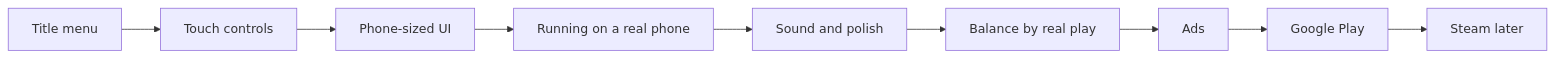
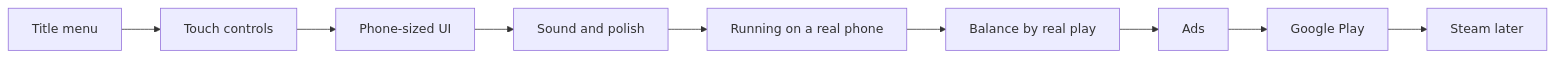
The diagram in docs/13_2026-11-04_layer-6-release.md (sudo0x/GameDevelopments), drawn with Mermaid before and after one commit. The commit also changed other lines of this file and 3 other files, not shown here.

````diff
--- a/docs/13_2026-11-04_layer-6-release.md
+++ b/docs/13_2026-11-04_layer-6-release.md
@@ -13,11 +13,11 @@
 ```mermaid
 flowchart LR
 	A[Title menu] --> B[Touch controls]
 	B --> C[Phone-sized UI]
-	C --> D[Running on a real phone]
-	D --> E[Sound and polish]
-	E --> F[Balance by real play]
+	C --> E[Sound and polish]
+	E --> D[Running on a real phone]
+	D --> F[Balance by real play]
 	F --> G[Ads]
 	G --> H[Google Play]
 	H --> I[Steam later]
 ```
````
